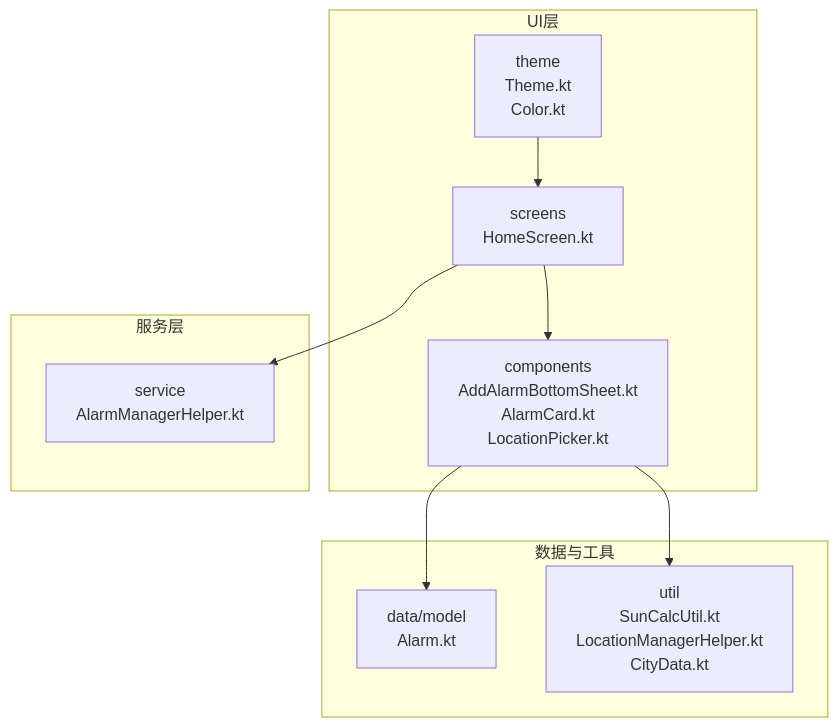
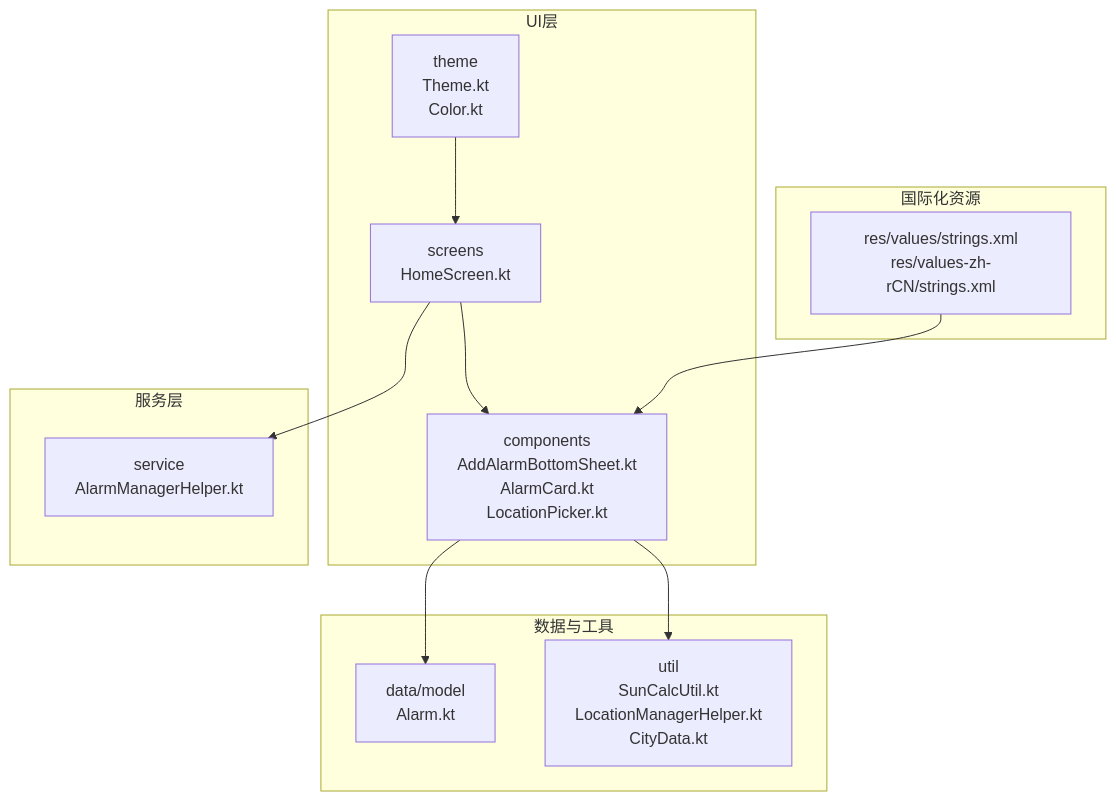
One commit to snuabar/Clock changed the first of 7 diagrams in .qoder/repowiki/zh/content/核心功能/用户界面交互.md. Above: the diagram before and after it, drawn with Mermaid. The commit also changed other lines of this file and 3 other files, not shown here.

````diff
--- a/.qoder/repowiki/zh/content/核心功能/用户界面交互.md
+++ b/.qoder/repowiki/zh/content/核心功能/用户界面交互.md
@@ -36,20 +47,24 @@
 ```mermaid
 graph TB
 subgraph "UI层"
 Screens["screens<br/>HomeScreen.kt"]
 Components["components<br/>AddAlarmBottomSheet.kt<br/>AlarmCard.kt<br/>LocationPicker.kt"]
 Theme["theme<br/>Theme.kt<br/>Color.kt"]
 end
 subgraph "数据与工具"
 Models["data/model<br/>Alarm.kt"]
 Utils["util<br/>SunCalcUtil.kt<br/>LocationManagerHelper.kt<br/>CityData.kt"]
 end
 subgraph "服务层"
 Services["service<br/>AlarmManagerHelper.kt"]
 end
+subgraph "国际化资源"
+Strings["res/values/strings.xml<br/>res/values-zh-rCN/strings.xml"]
+end
 Screens --> Components
 Components --> Models
 Components --> Utils
 Screens --> Services
 Theme --> Screens
+Strings --> Components
 ```
````
